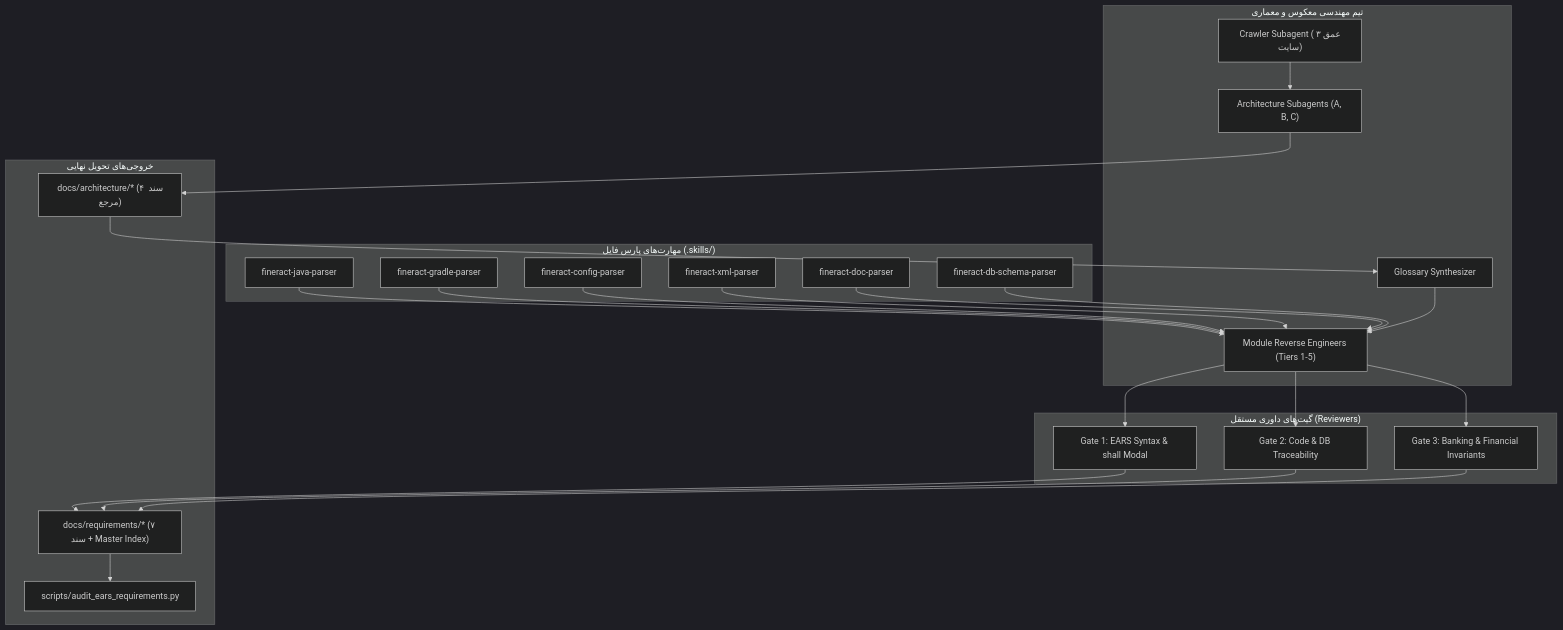
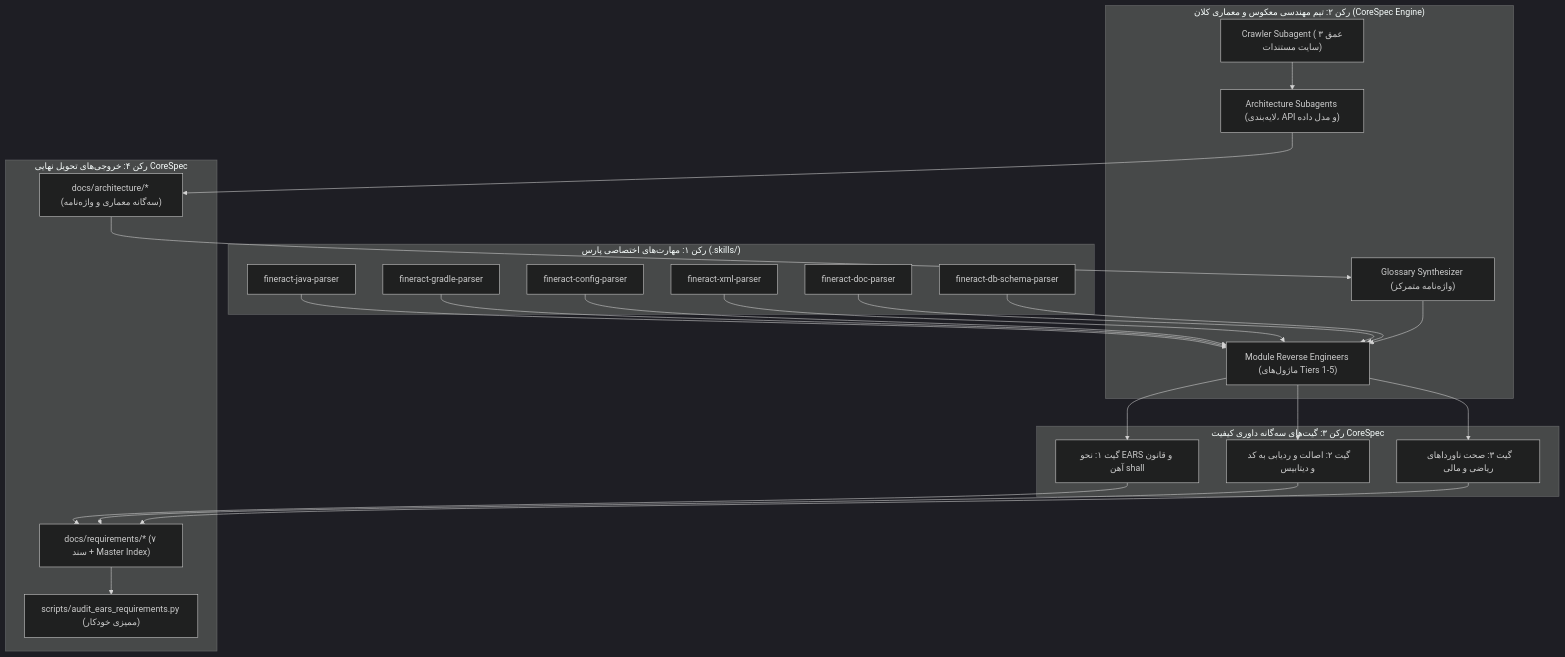
One commit to drmohammadzadeh/CoreSpec changed the diagram in README.md. Above: the diagram before and after it, drawn with Mermaid (dark theme). The commit also changed other lines of this file, not shown here.

Commit message:
docs: integrate CoreSpec methodology terminology across README.md

````diff
--- a/README.md
+++ b/README.md
@@ -41,36 +44,36 @@
 ```mermaid
 flowchart TD
-    subgraph "مهارت‌های پارس فایل (.skills/)"
+    subgraph "رکن ۱: مهارت‌های اختصاصی پارس (.skills/)"
         S1["fineract-java-parser"]
         S2["fineract-gradle-parser"]
         S3["fineract-config-parser"]
         S4["fineract-xml-parser"]
         S5["fineract-doc-parser"]
         S6["fineract-db-schema-parser"]
     end
 
-    subgraph "تیم مهندسی معکوس و معماری"
-        Crawler["Crawler Subagent (عمق ۳ سایت)"]
-        Arch["Architecture Subagents (A, B, C)"]
-        Glossary["Glossary Synthesizer"]
-        Workers["Module Reverse Engineers (Tiers 1-5)"]
+    subgraph "رکن ۲: تیم مهندسی معکوس و معماری کلان (CoreSpec Engine)"
+        Crawler["Crawler Subagent (عمق ۳ سایت مستندات)"]
+        Arch["Architecture Subagents (لایه‌بندی، API و مدل داده)"]
+        Glossary["Glossary Synthesizer (واژه‌نامه متمرکز)"]
+        Workers["Module Reverse Engineers (ماژول‌های Tiers 1-5)"]
     end
 
-    subgraph "گیت‌های داوری مستقل (Reviewers)"
-        Gate1["Gate 1: EARS Syntax & shall Modal"]
-        Gate2["Gate 2: Code & DB Traceability"]
-        Gate3["Gate 3: Banking & Financial Invariants"]
+    subgraph "رکن ۳: گیت‌های سه‌گانه داوری کیفیت CoreSpec"
+        Gate1["گیت ۱: نحو EARS و قانون آهن shall"]
+        Gate2["گیت ۲: اصالت و ردیابی به کد و دیتابیس"]
+        Gate3["گیت ۳: صحت ناورداهای ریاضی و مالی"]
     end
 
-    subgraph "خروجی‌های تحویل نهایی"
-        DocsArch["docs/architecture/* (۴ سند مرجع)"]
+    subgraph "رکن ۴: خروجی‌های تحویل نهایی CoreSpec"
+        DocsArch["docs/architecture/* (سه‌گانه معماری و واژه‌نامه)"]
         DocsReq["docs/requirements/* (۷ سند + Master Index)"]
-        Audit["scripts/audit_ears_requirements.py"]
+        Audit["scripts/audit_ears_requirements.py (ممیزی خودکار)"]
     end
 
     S1 & S2 & S3 & S4 & S5 & S6 --> Workers
     Crawler --> Arch --> DocsArch
     DocsArch --> Glossary --> Workers
     Workers --> Gate1 & Gate2 & Gate3 --> DocsReq
     DocsReq --> Audit
 ```
````
